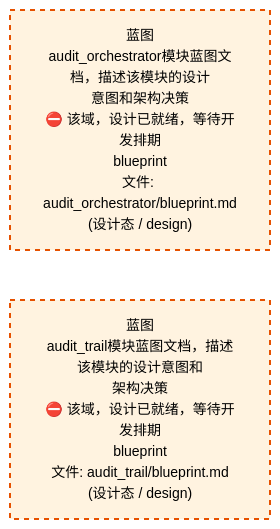
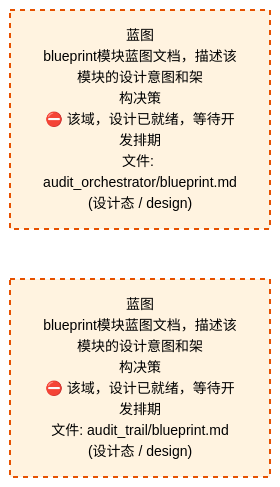
One commit to xuanFelixVan/ZephyrAlpha changed the third of 4 diagrams in docs/02_enterprise_architecture/02_domain_architecture_docs/50_d_gov_audit.md. Above: the diagram before and after it, drawn with Mermaid. The commit also changed other lines of this file and 58 other files, not shown here.

````diff
--- a/docs/02_enterprise_architecture/02_domain_architecture_docs/50_d_gov_audit.md
+++ b/docs/02_enterprise_architecture/02_domain_architecture_docs/50_d_gov_audit.md
@@ -808,12 +808,12 @@
 ```mermaid
 %%{init: {'theme': 'base', 'themeVariables': {'primaryColor': '#eaeaea', 'primaryTextColor': '#333333', 'primaryBorderColor': '#666666', 'lineColor': '#666666', 'secondaryColor': '#eaeaea', 'tertiaryColor': '#eaeaea', 'fontSize': '14px'}}}%%
 flowchart TD
-    docs_03_modules_cross_layer_audit_orchestrator_blueprint_md["蓝图<br/>audit_orchestrator模块蓝图文档，描述该模块的设计<br/>意图和架构决策<br/>⛔ 该域，设计已就绪，等待开发排期<br/>blueprint<br/>文件: audit_orchestrator/blueprint.md<br/>(设计态 / design)"]
-    docs_03_modules_domain_governance_audit_trail_blueprint_md["蓝图<br/>audit_trail模块蓝图文档，描述该模块的设计意图和<br/>架构决策<br/>⛔ 该域，设计已就绪，等待开发排期<br/>blueprint<br/>文件: audit_trail/blueprint.md<br/>(设计态 / design)"]
+    docs_03_modules_cross_layer_audit_orchestrator_blueprint_md["蓝图<br/>blueprint模块蓝图文档，描述该模块的设计意图和架<br/>构决策<br/>⛔ 该域，设计已就绪，等待开发排期<br/>文件: audit_orchestrator/blueprint.md<br/>(设计态 / design)"]
+    docs_03_modules_domain_governance_audit_trail_blueprint_md["蓝图<br/>blueprint模块蓝图文档，描述该模块的设计意图和架<br/>构决策<br/>⛔ 该域，设计已就绪，等待开发排期<br/>文件: audit_trail/blueprint.md<br/>(设计态 / design)"]
     docs_03_modules_cross_layer_audit_orchestrator_blueprint_md ~~~ docs_03_modules_domain_governance_audit_trail_blueprint_md
     classDef production fill:#e1f5fe,stroke:#01579b,stroke-width:2px,color:#000
     classDef design fill:#fff3e0,stroke:#e65100,stroke-width:2px,color:#000,stroke-dasharray: 5 5
     classDef external_prod fill:#e8f4fd,stroke:#0277bd,stroke-width:1px,color:#000
     classDef external_design fill:#fff8e7,stroke:#ef6c00,stroke-width:1px,color:#000,stroke-dasharray: 5 5
     class docs_03_modules_cross_layer_audit_orchestrator_blueprint_md,docs_03_modules_domain_governance_audit_trail_blueprint_md design
 ```
````
